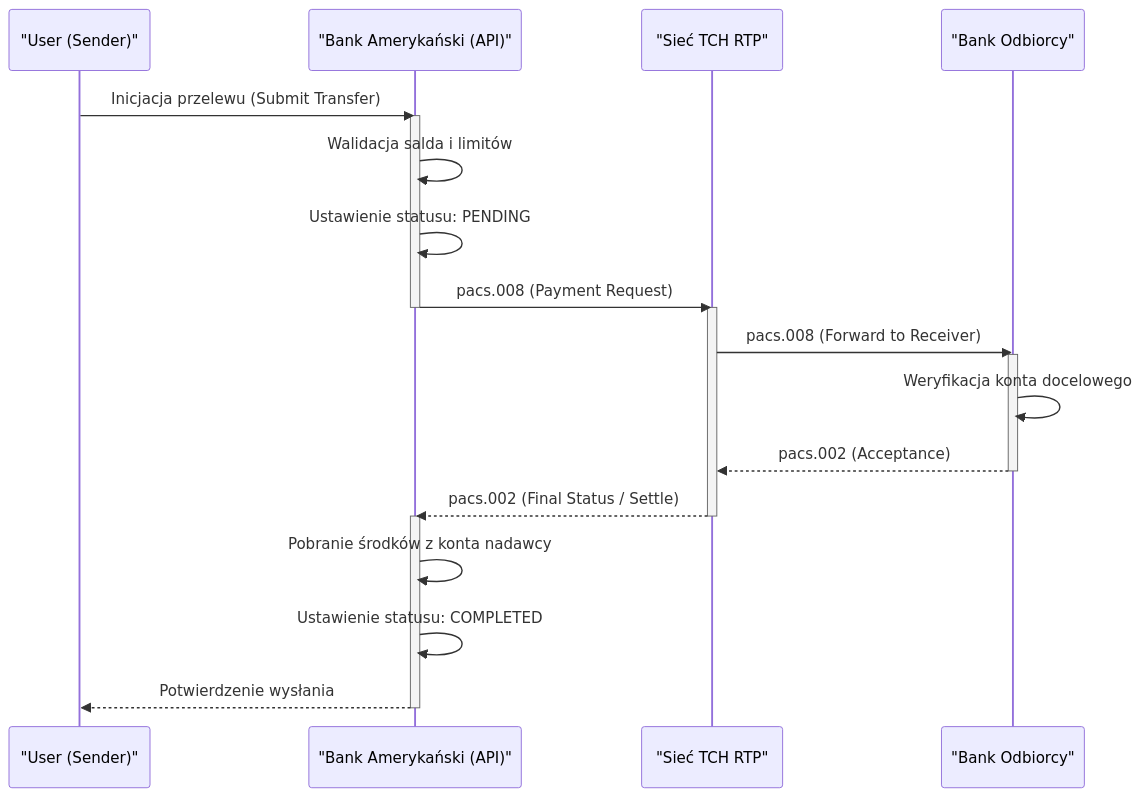
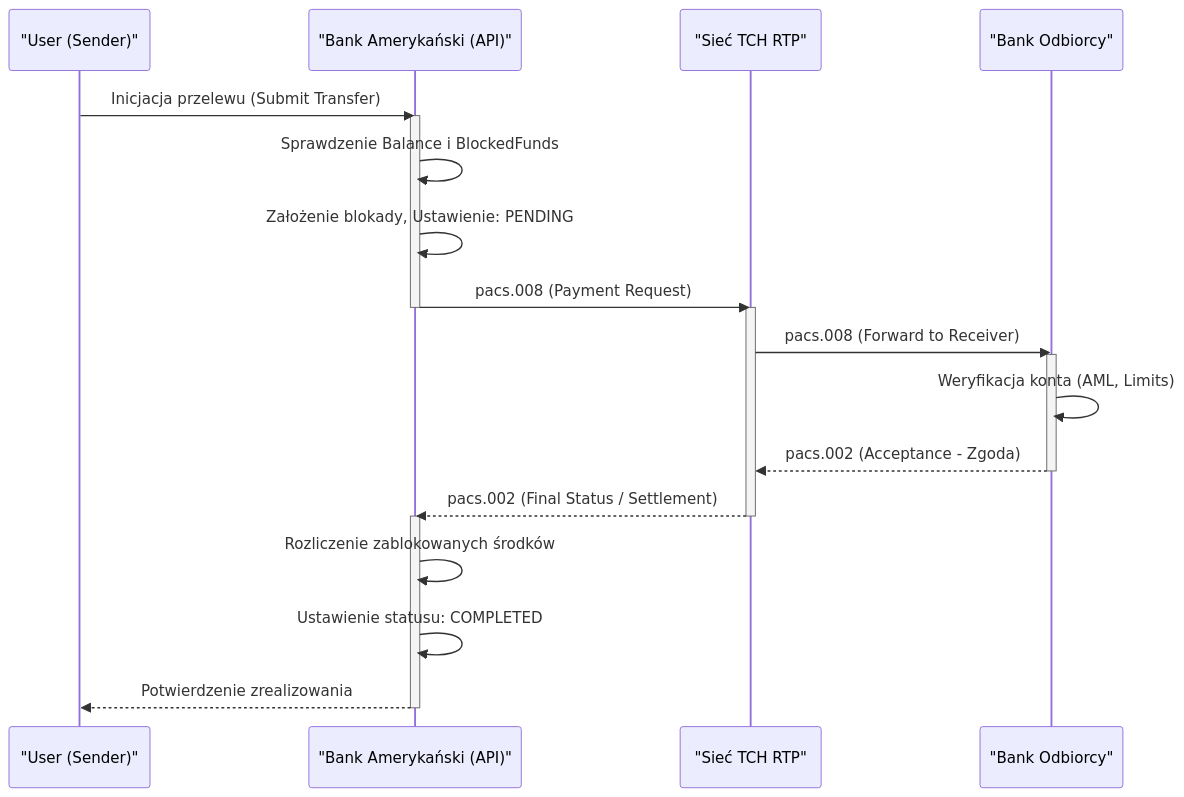
Before and after one commit to xmemxa/bank-amerykanski: the second of 2 diagrams in README.md, drawn with Mermaid. The commit also changed other lines of this file, not shown here.

````diff
--- a/README.md
+++ b/README.md
@@ -109,30 +125,30 @@
 ```mermaid
 sequenceDiagram
     participant U as "User (Sender)"
     participant B1 as "Bank Amerykański (API)"
     participant RTP as "Sieć TCH RTP"
     participant B2 as "Bank Odbiorcy"
 
     U->>B1: Inicjacja przelewu (Submit Transfer)
     activate B1
-    B1->>B1: Walidacja salda i limitów
-    B1->>B1: Ustawienie statusu: PENDING
+    B1->>B1: Sprawdzenie Balance i BlockedFunds
+    B1->>B1: Założenie blokady, Ustawienie: PENDING
     B1->>RTP: pacs.008 (Payment Request)
     deactivate B1
     
     activate RTP
     RTP->>B2: pacs.008 (Forward to Receiver)
     activate B2
-    B2->>B2: Weryfikacja konta docelowego
-    B2-->>RTP: pacs.002 (Acceptance)
+    B2->>B2: Weryfikacja konta (AML, Limits)
+    B2-->>RTP: pacs.002 (Acceptance - Zgoda)
     deactivate B2
     
-    RTP-->>B1: pacs.002 (Final Status / Settle)
+    RTP-->>B1: pacs.002 (Final Status / Settlement)
     deactivate RTP
     
     activate B1
-    B1->>B1: Pobranie środków z konta nadawcy
+    B1->>B1: Rozliczenie zablokowanych środków
     B1->>B1: Ustawienie statusu: COMPLETED
-    B1-->>U: Potwierdzenie wysłania
+    B1-->>U: Potwierdzenie zrealizowania
     deactivate B1
 ```
````
